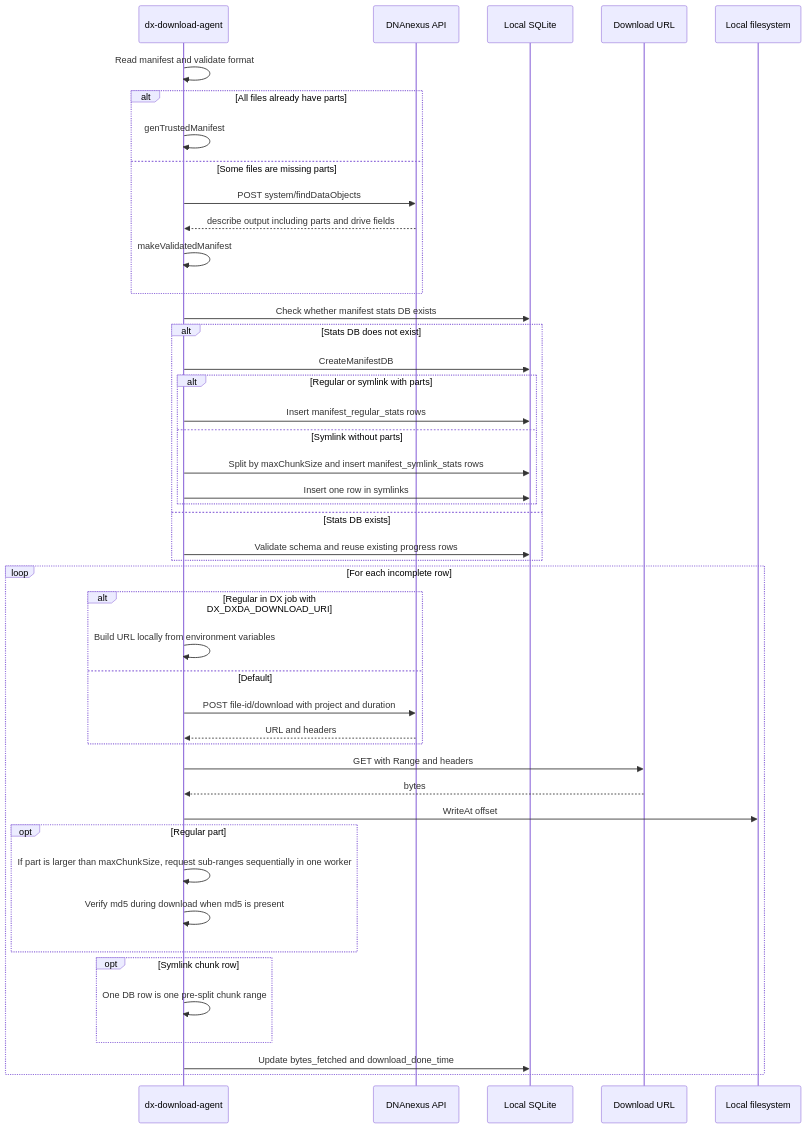
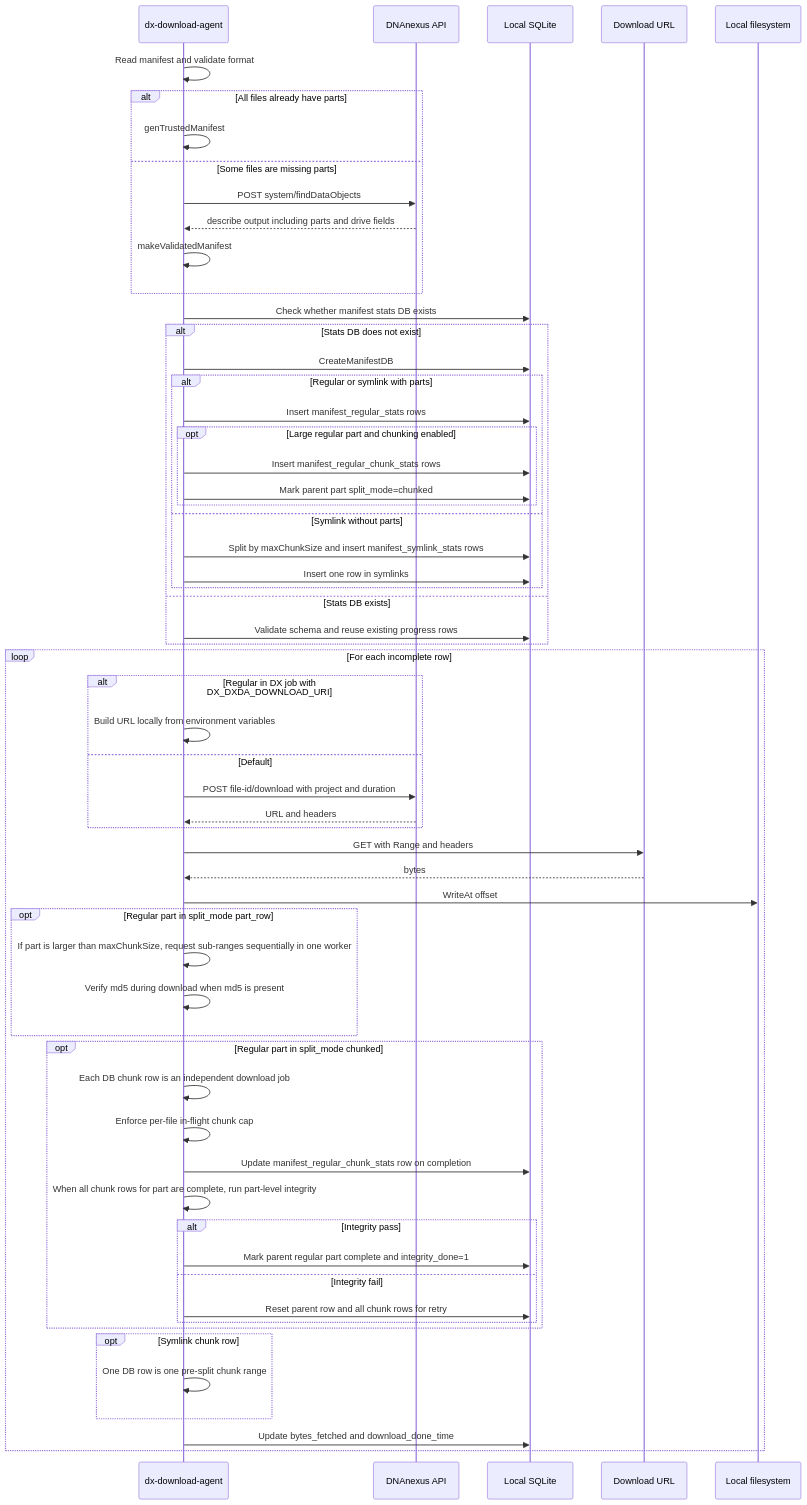
Before and after one commit to dnanexus/dxda: the fourth of 4 diagrams in doc/DXDA_DOWNLOAD_FLOW.md, drawn with Mermaid. The commit also changed other lines of this file, not shown here.

````diff
--- a/doc/DXDA_DOWNLOAD_FLOW.md
+++ b/doc/DXDA_DOWNLOAD_FLOW.md
@@ -230,51 +279,66 @@
 ```mermaid
 sequenceDiagram
     participant CLI as dx-download-agent
     participant API as DNAnexus API
     participant DB as Local SQLite
     participant DL as Download URL
     participant FS as Local filesystem
 
     CLI->>CLI: Read manifest and validate format
     alt All files already have parts
         CLI->>CLI: genTrustedManifest
     else Some files are missing parts
         CLI->>API: POST system/findDataObjects
         API-->>CLI: describe output including parts and drive fields
         CLI->>CLI: makeValidatedManifest
     end
 
     CLI->>DB: Check whether manifest stats DB exists
     alt Stats DB does not exist
         CLI->>DB: CreateManifestDB
         alt Regular or symlink with parts
             CLI->>DB: Insert manifest_regular_stats rows
+            opt Large regular part and chunking enabled
+                CLI->>DB: Insert manifest_regular_chunk_stats rows
+                CLI->>DB: Mark parent part split_mode=chunked
+            end
         else Symlink without parts
             CLI->>DB: Split by maxChunkSize and insert manifest_symlink_stats rows
             CLI->>DB: Insert one row in symlinks
         end
     else Stats DB exists
         CLI->>DB: Validate schema and reuse existing progress rows
     end
 
     loop For each incomplete row
         alt Regular in DX job with DX_DXDA_DOWNLOAD_URI
             CLI->>CLI: Build URL locally from environment variables
         else Default
             CLI->>API: POST file-id/download with project and duration
             API-->>CLI: URL and headers
         end
 
         CLI->>DL: GET with Range and headers
         DL-->>CLI: bytes
         CLI->>FS: WriteAt offset
-        opt Regular part
+        opt Regular part in split_mode part_row
             CLI->>CLI: If part is larger than maxChunkSize, request sub-ranges sequentially in one worker
             CLI->>CLI: Verify md5 during download when md5 is present
+        end
+        opt Regular part in split_mode chunked
+            CLI->>CLI: Each DB chunk row is an independent download job
+            CLI->>CLI: Enforce per-file in-flight chunk cap
+            CLI->>DB: Update manifest_regular_chunk_stats row on completion
+            CLI->>CLI: When all chunk rows for part are complete, run part-level integrity
+            alt Integrity pass
+                CLI->>DB: Mark parent regular part complete and integrity_done=1
+            else Integrity fail
+                CLI->>DB: Reset parent row and all chunk rows for retry
+            end
         end
         opt Symlink chunk row
             CLI->>CLI: One DB row is one pre-split chunk range
         end
         CLI->>DB: Update bytes_fetched and download_done_time
     end
 ```
````
